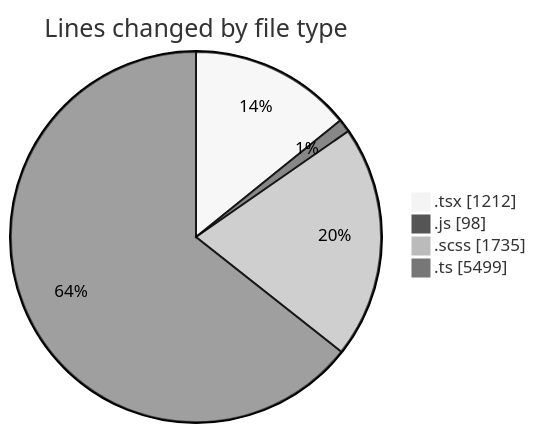
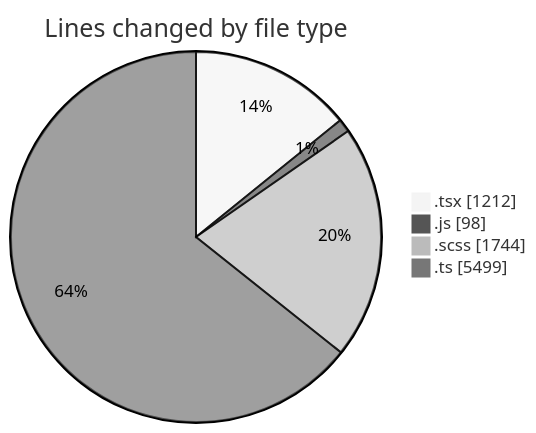
The first of 2 diagrams in 2025-03-31/cda/README.md (momahboobian/code-tracking), drawn with Mermaid (neutral theme) before and after one commit. The commit also changed other lines of this file and 1 other file, not shown here.

````diff
--- a/2025-03-31/cda/README.md
+++ b/2025-03-31/cda/README.md
@@ -39,8 +39,8 @@
 ```mermaid
 pie showData
 title Lines changed by file type
 ".tsx" : 1212
 ".js" : 98
-".scss" : 1735
+".scss" : 1744
 ".ts" : 5499
 ```
````
